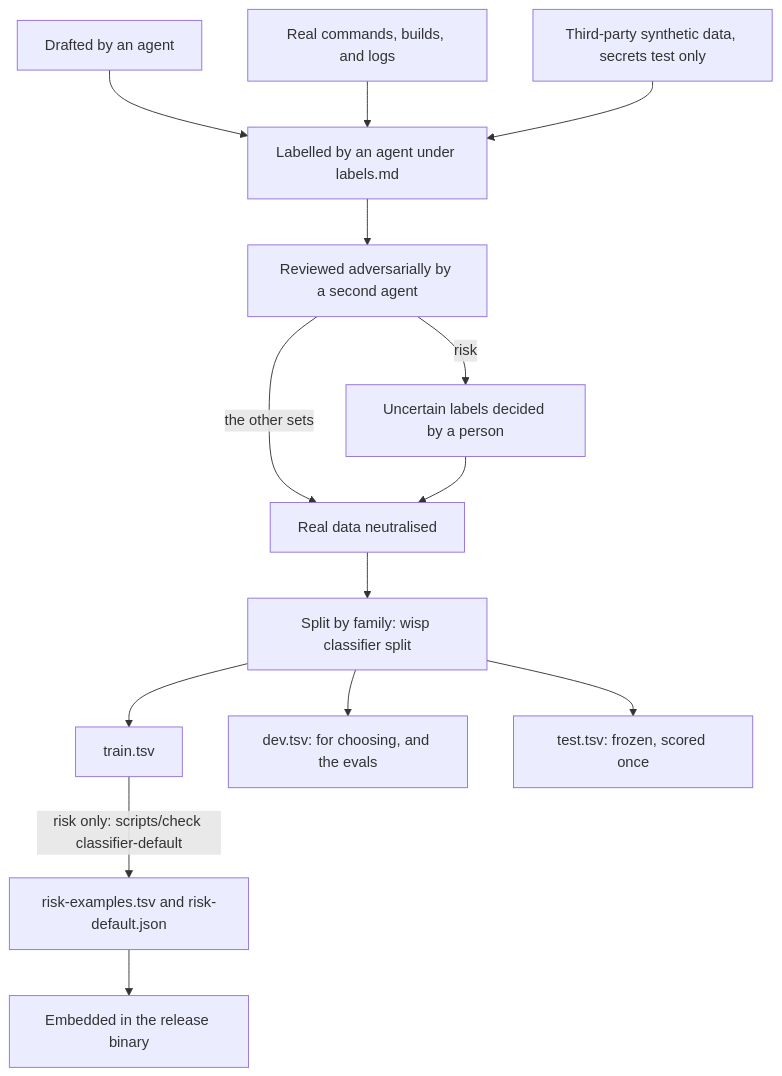
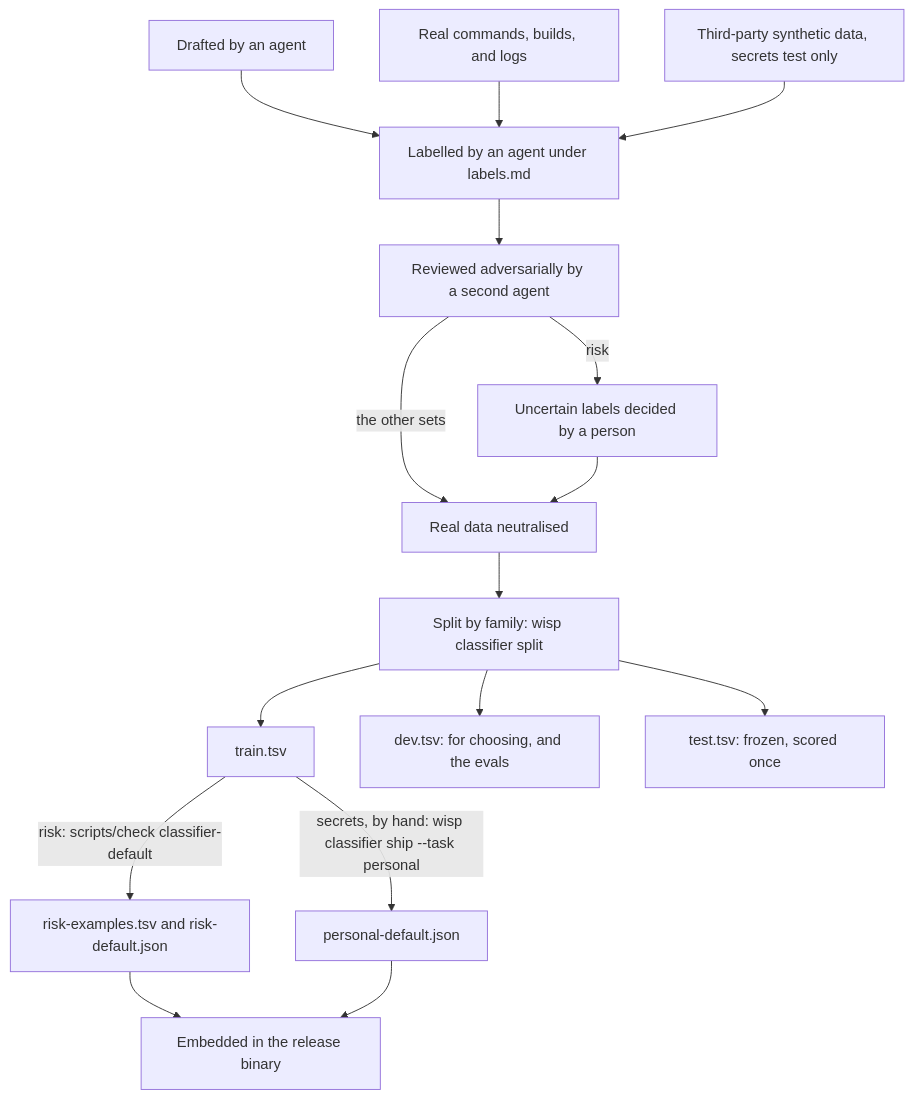
Before and after one commit to pidster/wisp: the diagram in training/README.md, drawn with Mermaid. The commit also changed other lines of this file and 20 other files, not shown here.

````diff
--- a/training/README.md
+++ b/training/README.md
@@ -71,16 +83,18 @@
 ```mermaid
 flowchart TD
     drafted["Drafted by an agent"] --> label["Labelled by an agent under labels.md"]
     real["Real commands, builds, and logs"] --> label
     third["Third-party synthetic data, secrets test only"] --> label
     label --> review["Reviewed adversarially by a second agent"]
     review -->|risk| person["Uncertain labels decided by a person"]
     review -->|"the other sets"| neutral
     person --> neutral["Real data neutralised"]
     neutral --> split["Split by family: wisp classifier split"]
     split --> train["train.tsv"]
     split --> dev["dev.tsv: for choosing, and the evals"]
     split --> test["test.tsv: frozen, scored once"]
-    train -->|"risk only: scripts/check classifier-default"| bundle["risk-examples.tsv and risk-default.json"]
+    train -->|"risk: scripts/check classifier-default"| bundle["risk-examples.tsv and risk-default.json"]
+    train -->|"secrets, by hand: wisp classifier ship --task personal"| personal["personal-default.json"]
     bundle --> binary["Embedded in the release binary"]
+    personal --> binary
 ```
````
